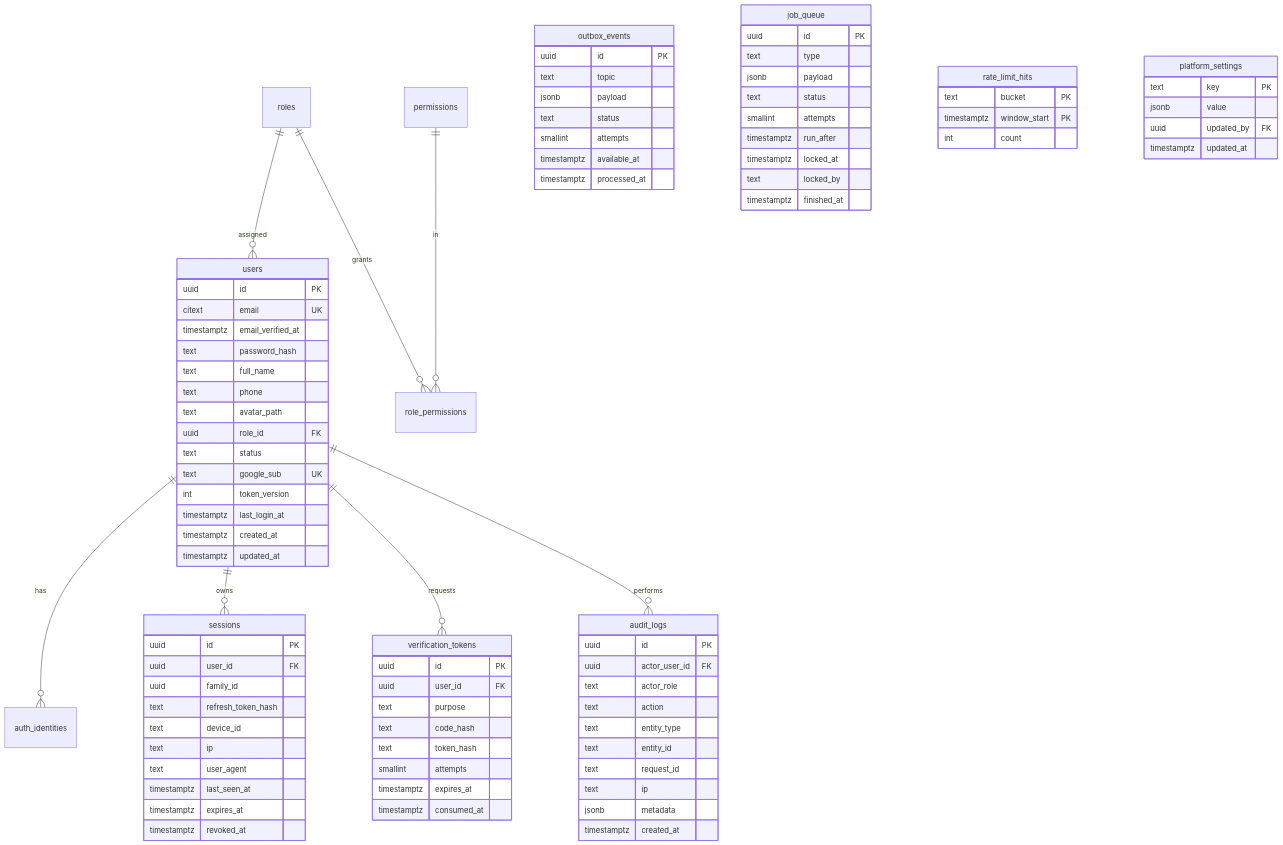
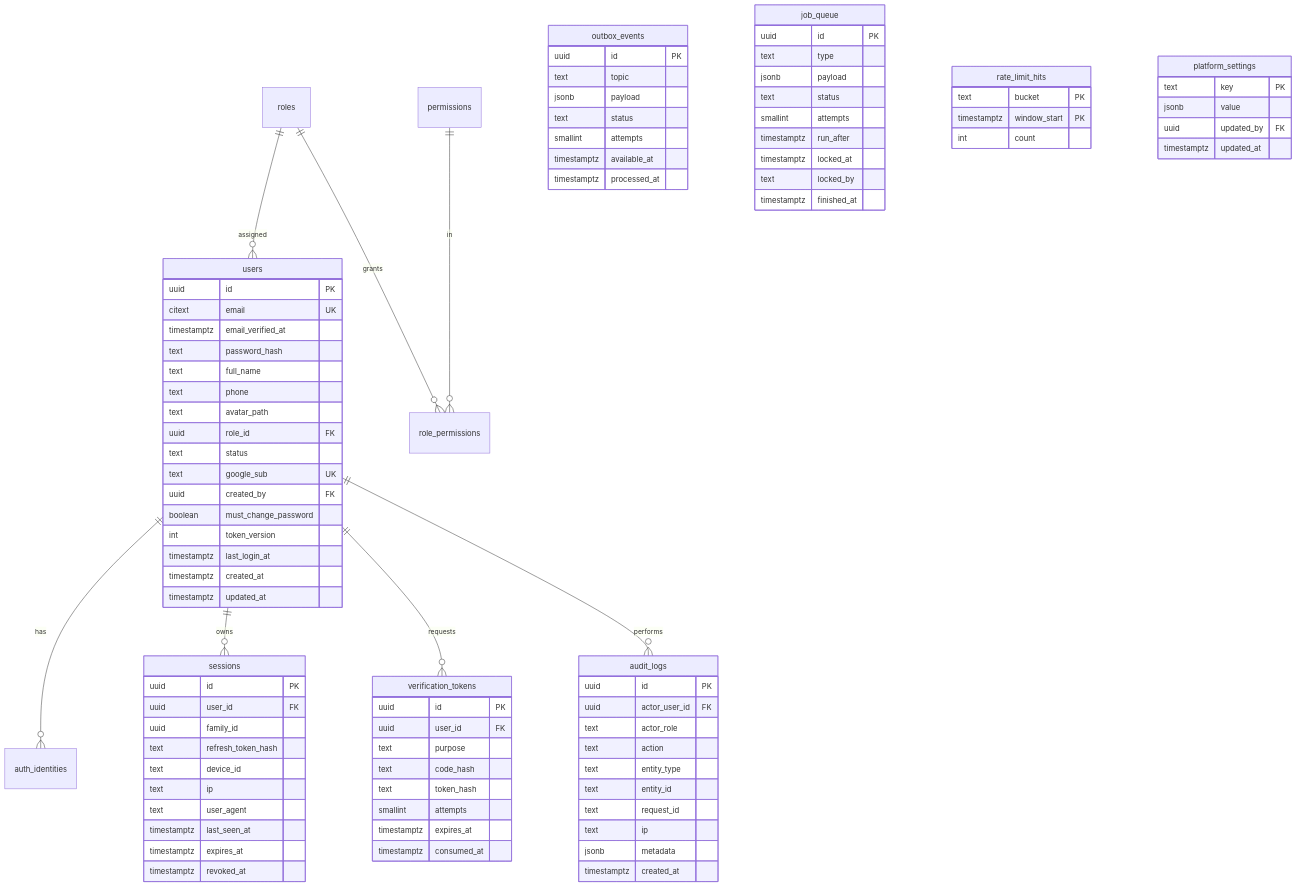
The second of 12 diagrams in plan.md (ululhikam/web_CAT), drawn with Mermaid before and after one commit. The commit also changed other lines of this file and 188 other files, not shown here.

```diff
--- a/plan.md
+++ b/plan.md
@@ -312,6 +317,8 @@
     uuid role_id FK
     text status
     text google_sub UK
+    uuid created_by FK
+    boolean must_change_password
     int token_version
     timestamptz last_login_at
     timestamptz created_at
```
